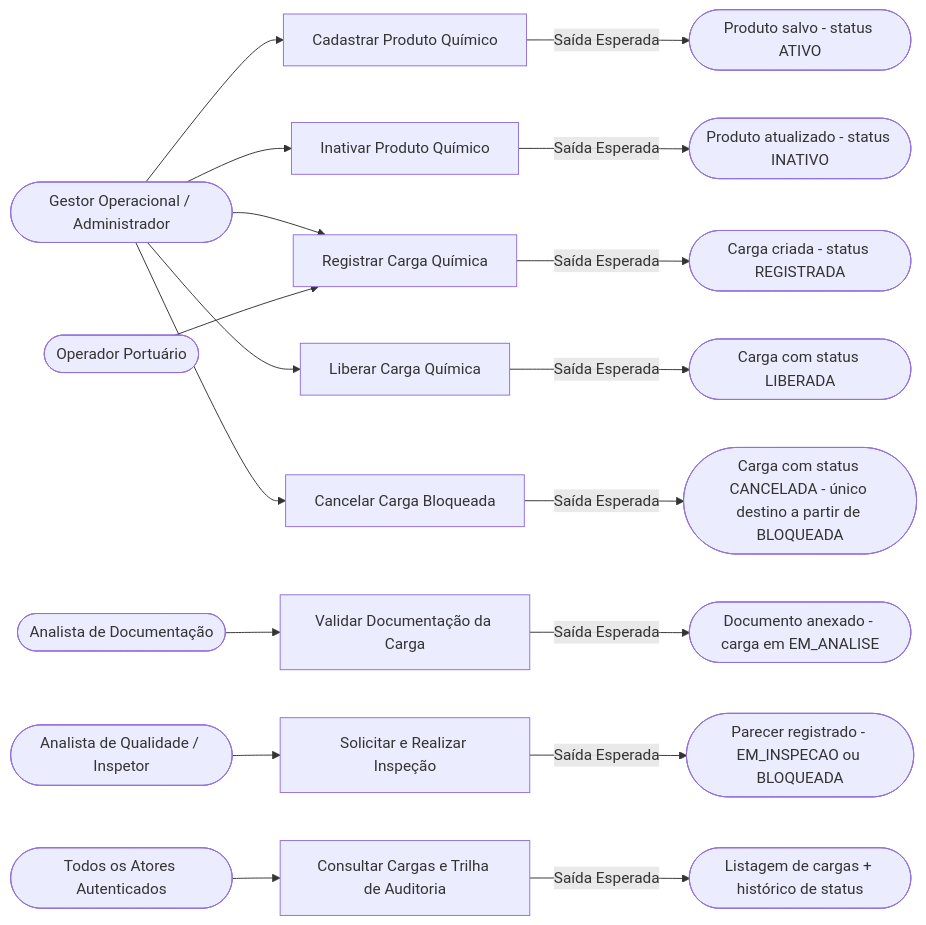
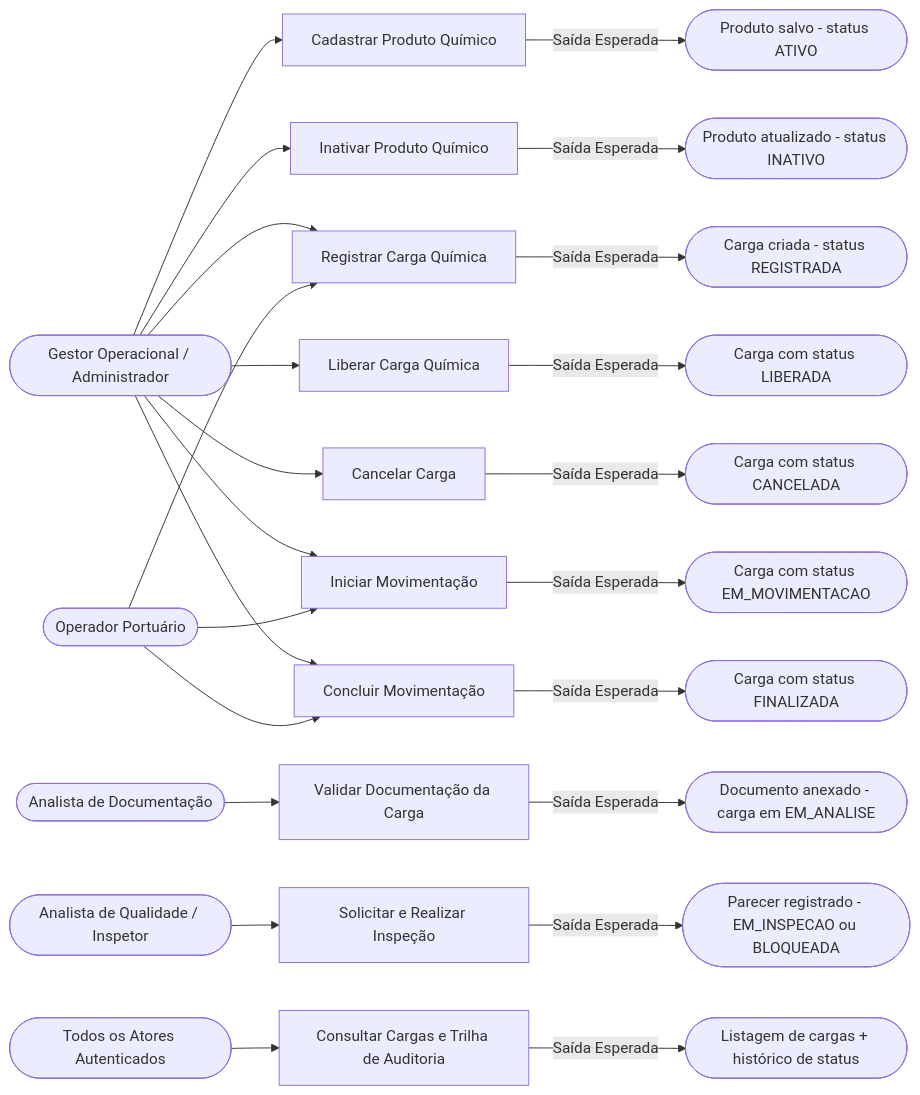
One commit to gabrixlzdev/QuimiPort changed the first of 2 diagrams in docs/3_casos_de_uso.md. Above: the diagram before and after it, drawn with Mermaid. The commit also changed other lines of this file and 17 other files, not shown here.

Commit message:
Add verificação, no registro de nova carga química, se o produto químico existe e está ativo; solicitação de aprovação de superior para registro retroativo de carga química; implementa os casos de uso/endpoints de início da movimentação, cancelamento e de conclusão da movimentação.

````diff
--- a/docs/3_casos_de_uso.md
+++ b/docs/3_casos_de_uso.md
@@ -5,31 +5,38 @@
 ```mermaid
 flowchart LR
   Gestor([Gestor Operacional / Administrador])
   Operador([Operador Portuário])
   Analista([Analista de Documentação])
   Qualidade([Analista de Qualidade / Inspetor])
   Todos([Todos os Atores Autenticados])
 
   Gestor --> UC1[Cadastrar Produto Químico]
   Gestor --> UC2[Inativar Produto Químico]
   Gestor --> UC3[Registrar Carga Química]
   Gestor --> UC6[Liberar Carga Química]
-  Gestor --> UC7[Cancelar Carga Bloqueada]
+  Gestor --> UC7[Cancelar Carga]
+  Gestor --> UC9[Iniciar Movimentação]
+  Gestor --> UC10[Concluir Movimentação]
 
   Operador --> UC3
+  Operador --> UC9
+  Operador --> UC10
 
   Analista --> UC4[Validar Documentação da Carga]
 
   Qualidade --> UC5[Solicitar e Realizar Inspeção]
 
   Todos --> UC8[Consultar Cargas e Trilha de Auditoria]
 
   UC1 -->|Saída Esperada| S1([Produto salvo - status ATIVO])
   UC2 -->|Saída Esperada| S2([Produto atualizado - status INATIVO])
   UC3 -->|Saída Esperada| S3([Carga criada - status REGISTRADA])
   UC4 -->|Saída Esperada| S4([Documento anexado - carga em EM_ANALISE])
   UC5 -->|Saída Esperada| S5([Parecer registrado - EM_INSPECAO ou BLOQUEADA])
   UC6 -->|Saída Esperada| S6([Carga com status LIBERADA])
-  UC7 -->|Saída Esperada| S7([Carga com status CANCELADA - único destino a partir de BLOQUEADA])
+  UC7 -->|Saída Esperada| S7([Carga com status CANCELADA])
   UC8 -->|Saída Esperada| S8([Listagem de cargas + histórico de status])
+  UC9 -->|Saída Esperada| S9([Carga com status EM_MOVIMENTACAO])
+  UC10 -->|Saída Esperada| S10([Carga com status FINALIZADA])
+
 ```
````
